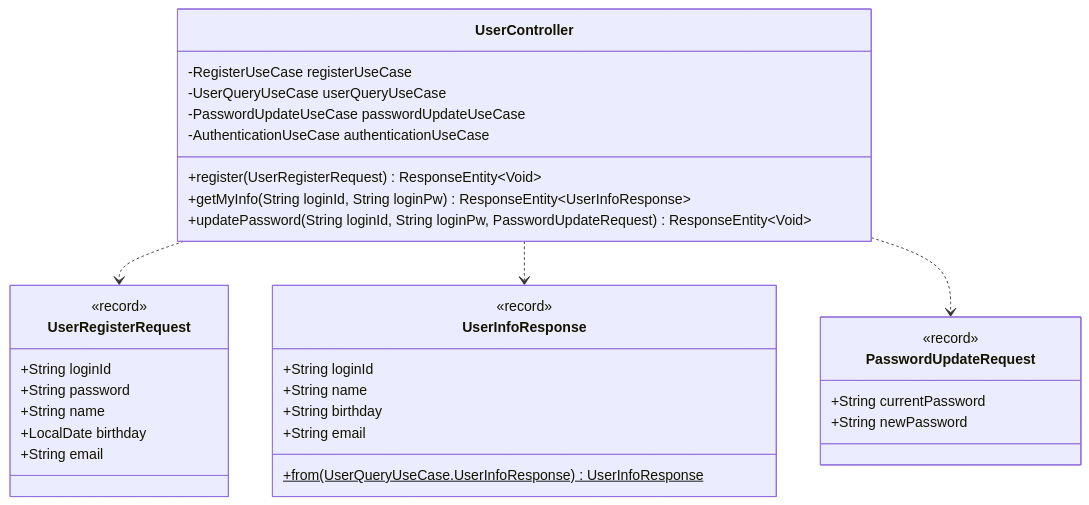
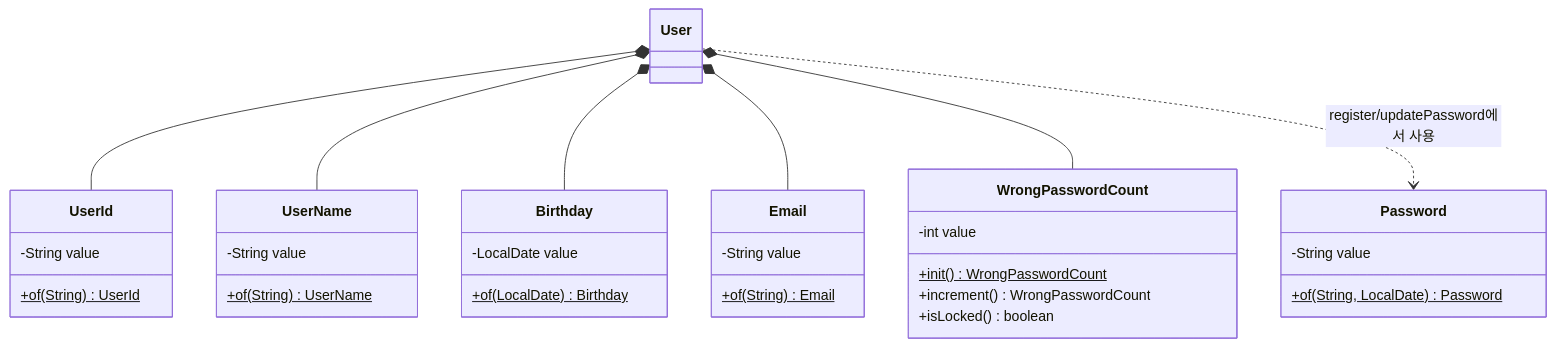
Before and after one commit to ukukdin/loop-pack-be-l2-vol3-java: the second of 8 diagrams in .docs/design/03-class-diagram.md, drawn with Mermaid. The commit also changed other lines of this file and 11 other files, not shown here.

````diff
--- a/.docs/design/03-class-diagram.md
+++ b/.docs/design/03-class-diagram.md
@@ -283,40 +132,36 @@
 ```mermaid
 classDiagram
-    class UserController {
-        -RegisterUseCase registerUseCase
-        -UserQueryUseCase userQueryUseCase
-        -PasswordUpdateUseCase passwordUpdateUseCase
-        -AuthenticationUseCase authenticationUseCase
-        +register(UserRegisterRequest) ResponseEntity~Void~
-        +getMyInfo(String loginId, String loginPw) ResponseEntity~UserInfoResponse~
-        +updatePassword(String loginId, String loginPw, PasswordUpdateRequest) ResponseEntity~Void~
+    User *-- UserId
+    User *-- UserName
+    User *-- Birthday
+    User *-- Email
+    User *-- WrongPasswordCount
+    User ..> Password : register/updatePassword에서 사용
+
+    class UserId {
+        -String value
+        +of(String)$ UserId
     }
-
-    class UserRegisterRequest {
-        <<record>>
-        +String loginId
-        +String password
-        +String name
-        +LocalDate birthday
-        +String email
+    class UserName {
+        -String value
+        +of(String)$ UserName
     }
-
-    class UserInfoResponse {
-        <<record>>
-        +String loginId
-        +String name
-        +String birthday
-        +String email
-        +from(UserQueryUseCase.UserInfoResponse)$ UserInfoResponse
+    class Password {
+        -String value
+        +of(String, LocalDate)$ Password
     }
-
-    class PasswordUpdateRequest {
-        <<record>>
-        +String currentPassword
-        +String newPassword
+    class Email {
+        -String value
+        +of(String)$ Email
     }
-
-    UserController ..> UserRegisterRequest
-    UserController ..> UserInfoResponse
-    UserController ..> PasswordUpdateRequest
+    class Birthday {
+        -LocalDate value
+        +of(LocalDate)$ Birthday
+    }
+    class WrongPasswordCount {
+        -int value
+        +init()$ WrongPasswordCount
+        +increment() WrongPasswordCount
+        +isLocked() boolean
+    }
 ```
````
